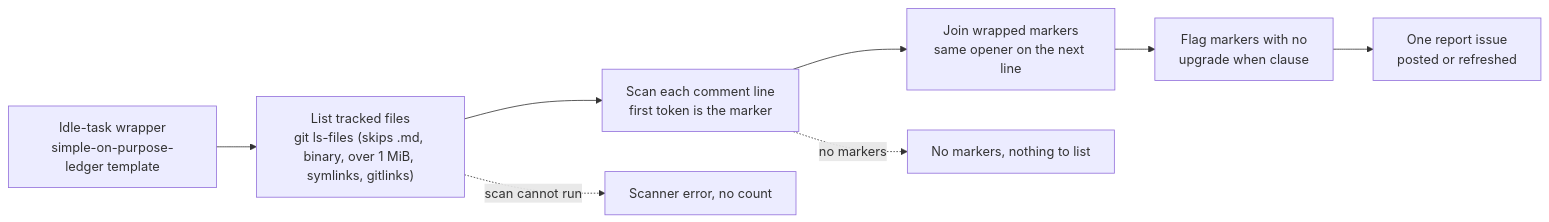
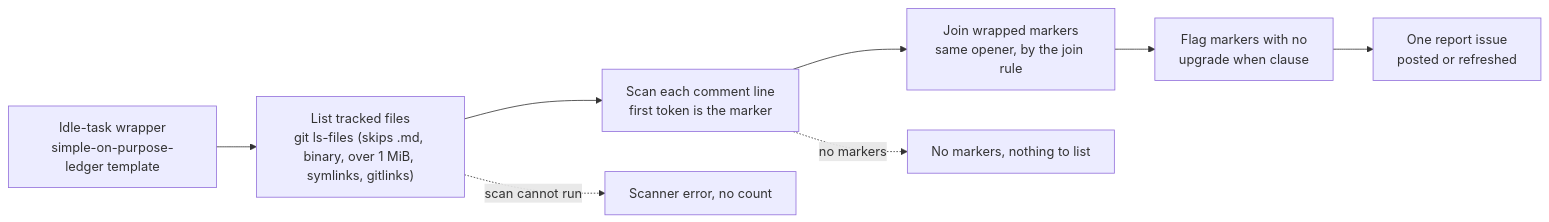
Before and after one commit to stSoftwareAU/VibeCoder: the diagram in docs/SIMPLE-ON-PURPOSE-LEDGER.md, drawn with Mermaid. The commit also changed other lines of this file and 1 other file, not shown here.

````diff
--- a/docs/SIMPLE-ON-PURPOSE-LEDGER.md
+++ b/docs/SIMPLE-ON-PURPOSE-LEDGER.md
@@ -33,10 +33,10 @@
 ```mermaid
 flowchart LR
     W["Idle-task wrapper<br/>simple-on-purpose-ledger template"] --> L["List tracked files<br/>git ls-files (skips .md, binary, over 1 MiB, symlinks, gitlinks)"]
     L --> S["Scan each comment line<br/>first token is the marker"]
-    S --> J["Join wrapped markers<br/>same opener on the next line"]
+    S --> J["Join wrapped markers<br/>same opener, by the join rule"]
     J --> F["Flag markers with no<br/>upgrade when clause"]
     F --> R["One report issue<br/>posted or refreshed"]
     S -. no markers .-> E["No markers, nothing to list"]
     L -. scan cannot run .-> X["Scanner error, no count"]
 ```
````
